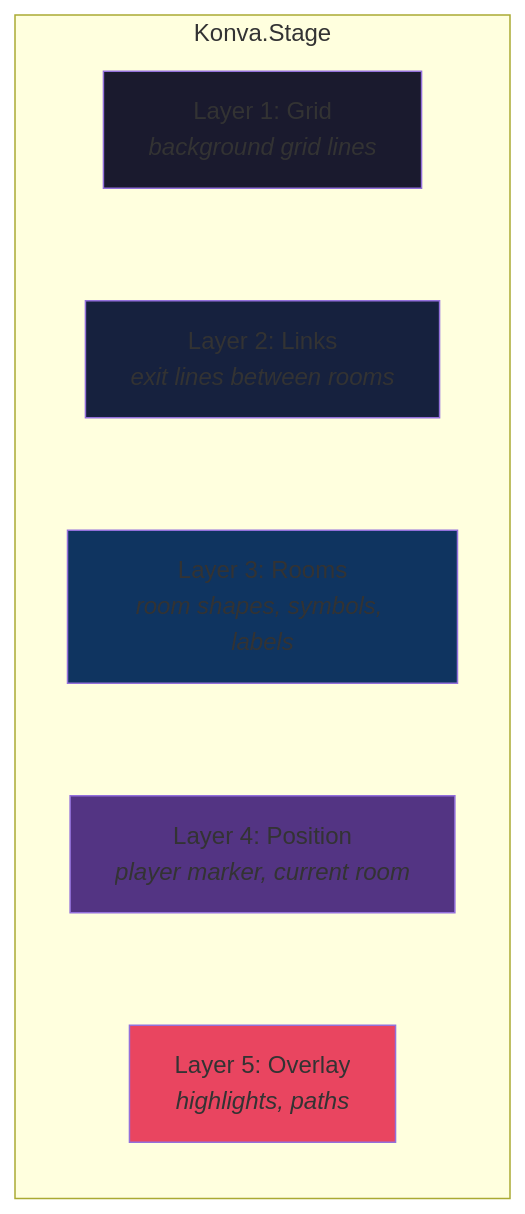
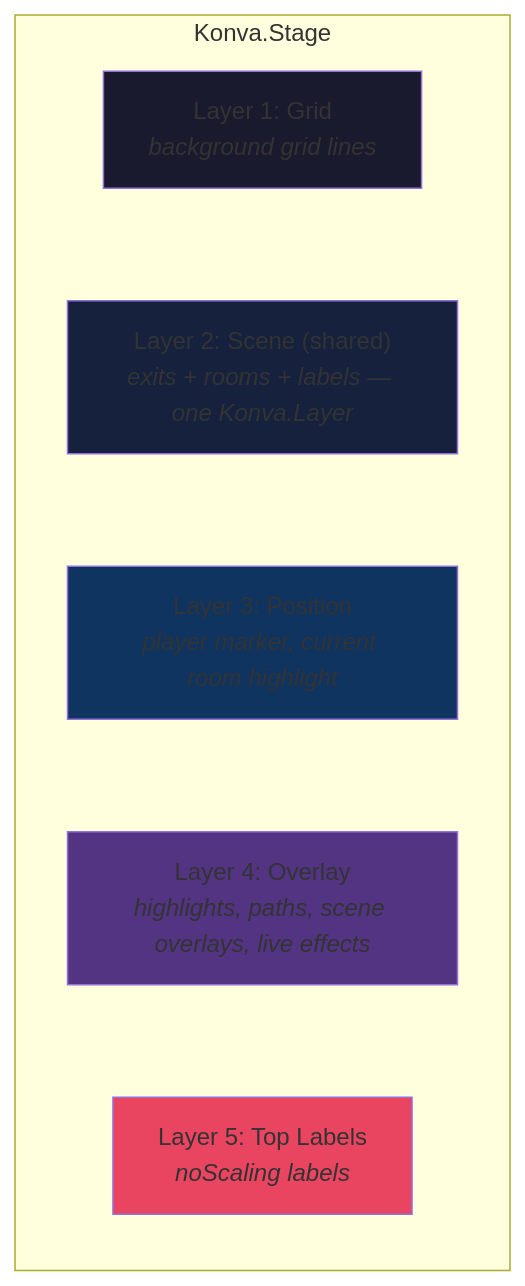
Before and after one commit to Delwing/mudlet-map-renderer: diagram 11 of 12 in docs/architecture.md, drawn with Mermaid. The commit also changed other lines of this file, not shown here.

Commit message:
Update architecture.md to reflect unified renderer refactor

````diff
--- a/docs/architecture.md
+++ b/docs/architecture.md
@@ -333,19 +387,19 @@
 ```mermaid
 flowchart TB
     subgraph Stage["Konva.Stage"]
         direction TB
         L1["Layer 1: Grid<br/><i>background grid lines</i>"]
-        L2["Layer 2: Links<br/><i>exit lines between rooms</i>"]
-        L3["Layer 3: Rooms<br/><i>room shapes, symbols, labels</i>"]
-        L4["Layer 4: Position<br/><i>player marker, current room</i>"]
-        L5["Layer 5: Overlay<br/><i>highlights, paths</i>"]
+        L2["Layer 2: Scene (shared)<br/><i>exits + rooms + labels — one Konva.Layer</i>"]
+        L3["Layer 3: Position<br/><i>player marker, current room highlight</i>"]
+        L4["Layer 4: Overlay<br/><i>highlights, paths, scene overlays, live effects</i>"]
+        L5["Layer 5: Top Labels<br/><i>noScaling labels</i>"]
     end
 
     L1 ~~~ L2 ~~~ L3 ~~~ L4 ~~~ L5
 
     style L1 fill:#1a1a2e
     style L2 fill:#16213e
     style L3 fill:#0f3460
     style L4 fill:#533483
     style L5 fill:#e94560
 ```
````
